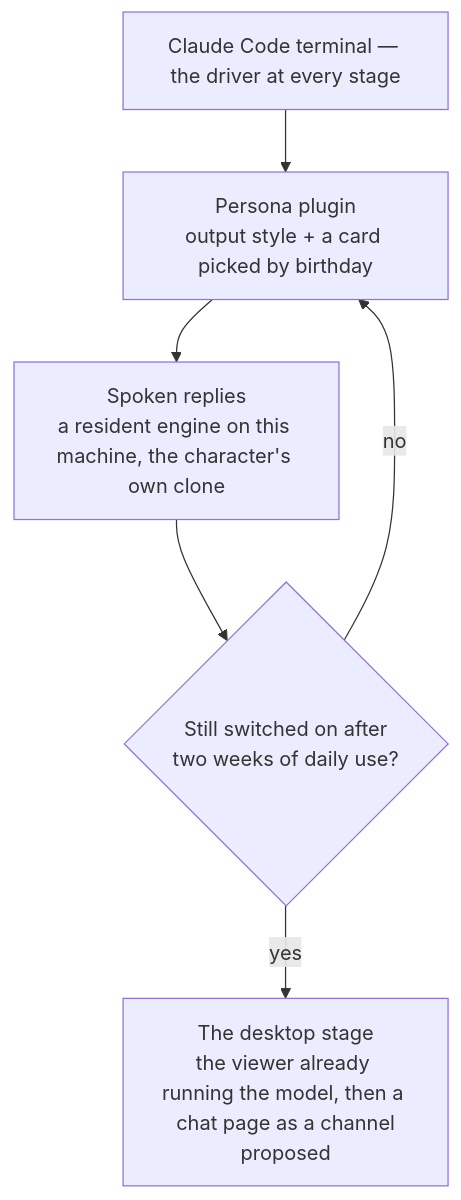
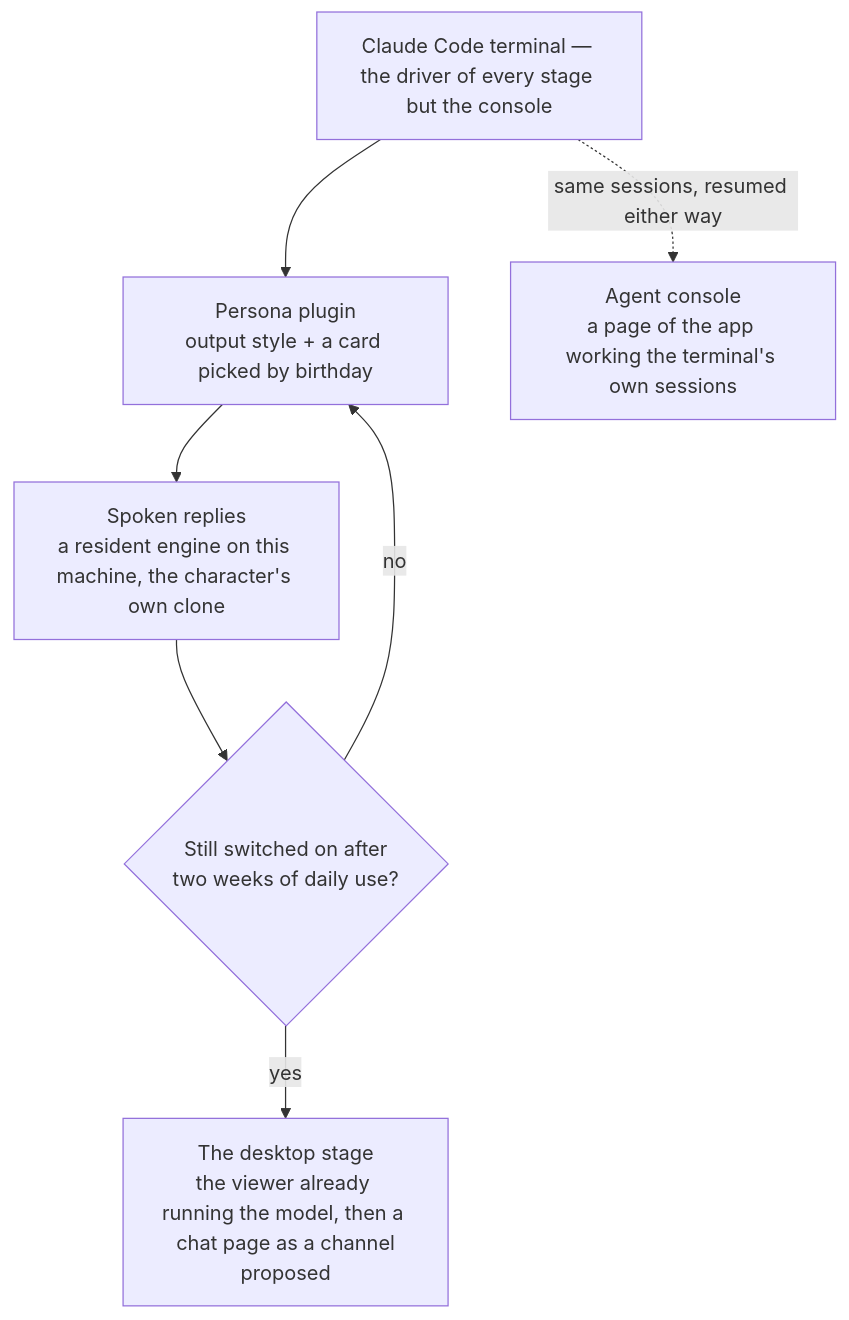
The diagram in apps/web/content/docs/infra/claude-interface/index.md (Esposter/Esposter), drawn with Mermaid before and after one commit. The commit also changed other lines of this file and 22 other files, not shown here.

First line of the commit message:
docs(agent-console): the first phase as built, the proposal trimmed to what is left, and the package registered

````diff
--- a/apps/web/content/docs/infra/claude-interface/index.md
+++ b/apps/web/content/docs/infra/claude-interface/index.md
@@ -33,12 +33,14 @@
 ```mermaid
 flowchart TD
-    Terminal[Claude Code terminal — the driver at every stage]
+    Terminal[Claude Code terminal — the driver of every stage but the console]
     Persona[Persona plugin<br/>output style + a card picked by birthday]
     Voice[Spoken replies<br/>a resident engine on this machine, the character's own clone]
     Companion[The desktop stage<br/>the viewer already running the model, then a chat page as a channel<br/>proposed]
     Gate{Still switched on after<br/>two weeks of daily use?}
 
     Terminal --> Persona --> Voice --> Gate
     Gate -- yes --> Companion
     Gate -- no --> Persona
+    Console[Agent console<br/>a page of the app working the terminal's own sessions]
+    Terminal -. same sessions, resumed either way .-> Console
 ```
````
